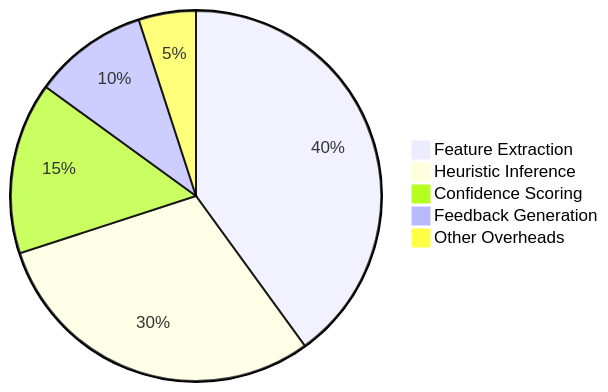
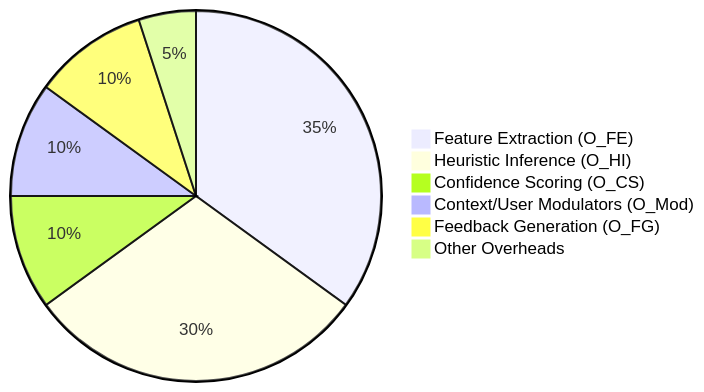
Before and after one commit to diplomat-bit/Citibank_Demo_Business_Inc_Demonstration-: the eighth of 10 diagrams in inventions/018_ai_debate_adversary/fallacy_ontology_spec.md, drawn with Mermaid. The commit also changed other lines of this file, not shown here.

````diff
--- a/inventions/018_ai_debate_adversary/fallacy_ontology_spec.md
+++ b/inventions/018_ai_debate_adversary/fallacy_ontology_spec.md
@@ -462,8 +612,9 @@
 ```mermaid
 pie
-    "Feature Extraction" : 40
-    "Heuristic Inference" : 30
-    "Confidence Scoring" : 15
-    "Feedback Generation" : 10
+    "Feature Extraction (O_FE)" : 35
+    "Heuristic Inference (O_HI)" : 30
+    "Confidence Scoring (O_CS)" : 10
+    "Context/User Modulators (O_Mod)" : 10
+    "Feedback Generation (O_FG)" : 10
     "Other Overheads" : 5
 ```
````
